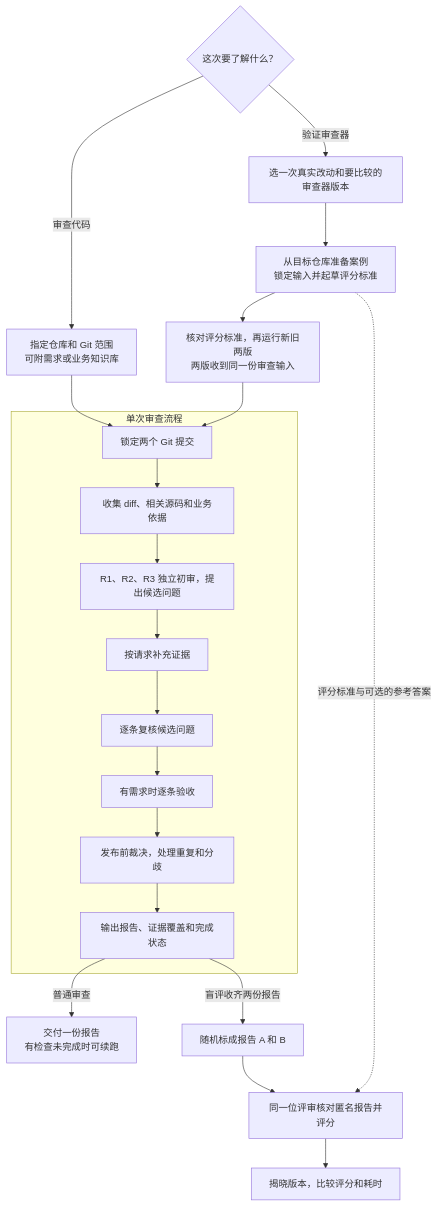
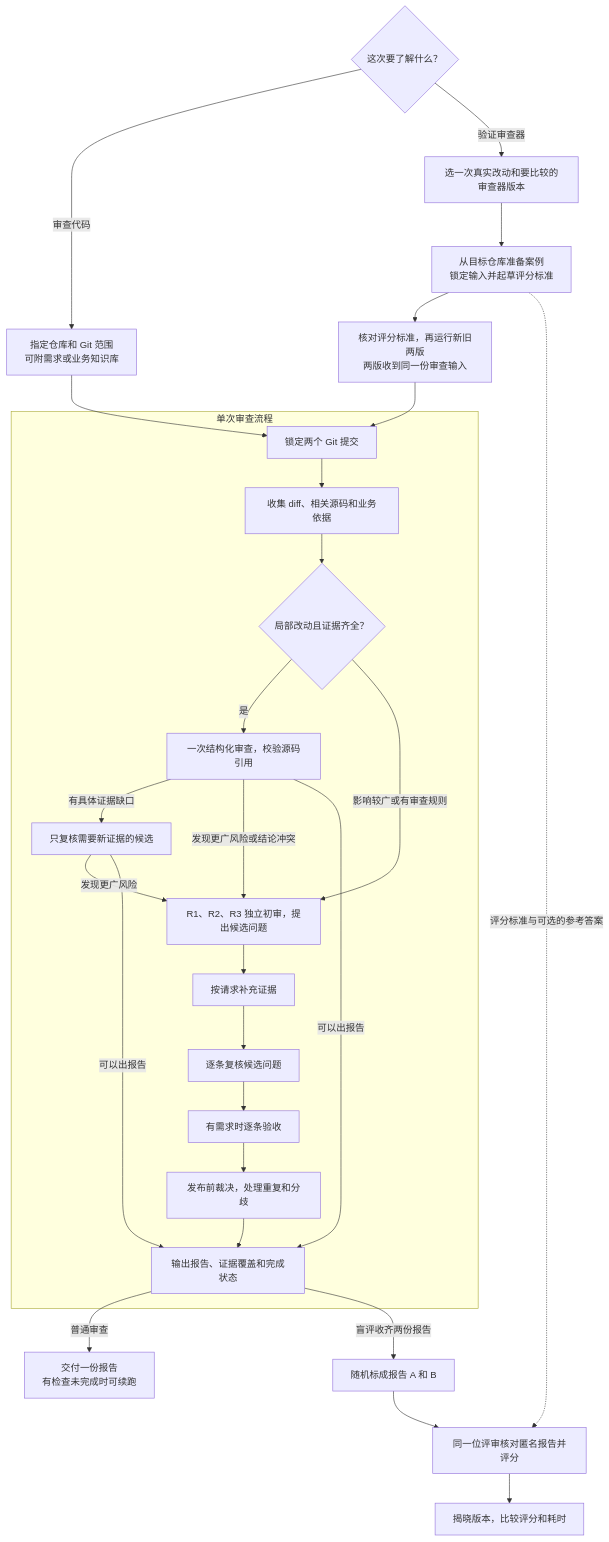
Before and after one commit to graham-gc/repo-aware-reviewer: the diagram in README.zh-CN.md, drawn with Mermaid. The commit also changed other lines of this file and 33 other files, not shown here.

````diff
--- a/README.zh-CN.md
+++ b/README.zh-CN.md
@@ -42,26 +42,33 @@
 ```mermaid
 flowchart TD
     S{"这次要了解什么？"}
     S -->|审查代码| R["指定仓库和 Git 范围<br/>可附需求或业务知识库"]
     S -->|验证审查器| E["选一次真实改动和要比较的审查器版本"]
     E --> C["从目标仓库准备案例<br/>锁定输入并起草评分标准"]
     C --> B["核对评分标准，再运行新旧两版<br/>两版收到同一份审查输入"]
 
     subgraph REVIEW["单次审查流程"]
         P1["锁定两个 Git 提交"] --> P2["收集 diff、相关源码和业务依据"]
-        P2 --> P3["R1、R2、R3 独立初审，提出候选问题"]
+        P2 --> Q{"局部改动且证据齐全？"}
+        Q -->|是| L["一次结构化审查，校验源码引用"]
+        Q -->|影响较广或有审查规则| P3["R1、R2、R3 独立初审，提出候选问题"]
+        L -->|有具体证据缺口| T["只复核需要新证据的候选"]
+        L -->|发现更广风险或结论冲突| P3
+        T -->|发现更广风险| P3
+        L -->|可以出报告| P8
+        T -->|可以出报告| P8
         P3 --> P4["按请求补充证据"]
         P4 --> P5["逐条复核候选问题"]
         P5 --> P6["有需求时逐条验收"]
         P6 --> P7["发布前裁决，处理重复和分歧"]
         P7 --> P8["输出报告、证据覆盖和完成状态"]
     end
 
     R --> P1
     B --> P1
     P8 -->|普通审查| O["交付一份报告<br/>有检查未完成时可续跑"]
     P8 -->|盲评收齐两份报告| A["随机标成报告 A 和 B"]
     C -.->|评分标准与可选的参考答案| J["同一位评审核对匿名报告并评分"]
     A --> J
     J --> D["揭晓版本，比较评分和耗时"]
 ```
````
